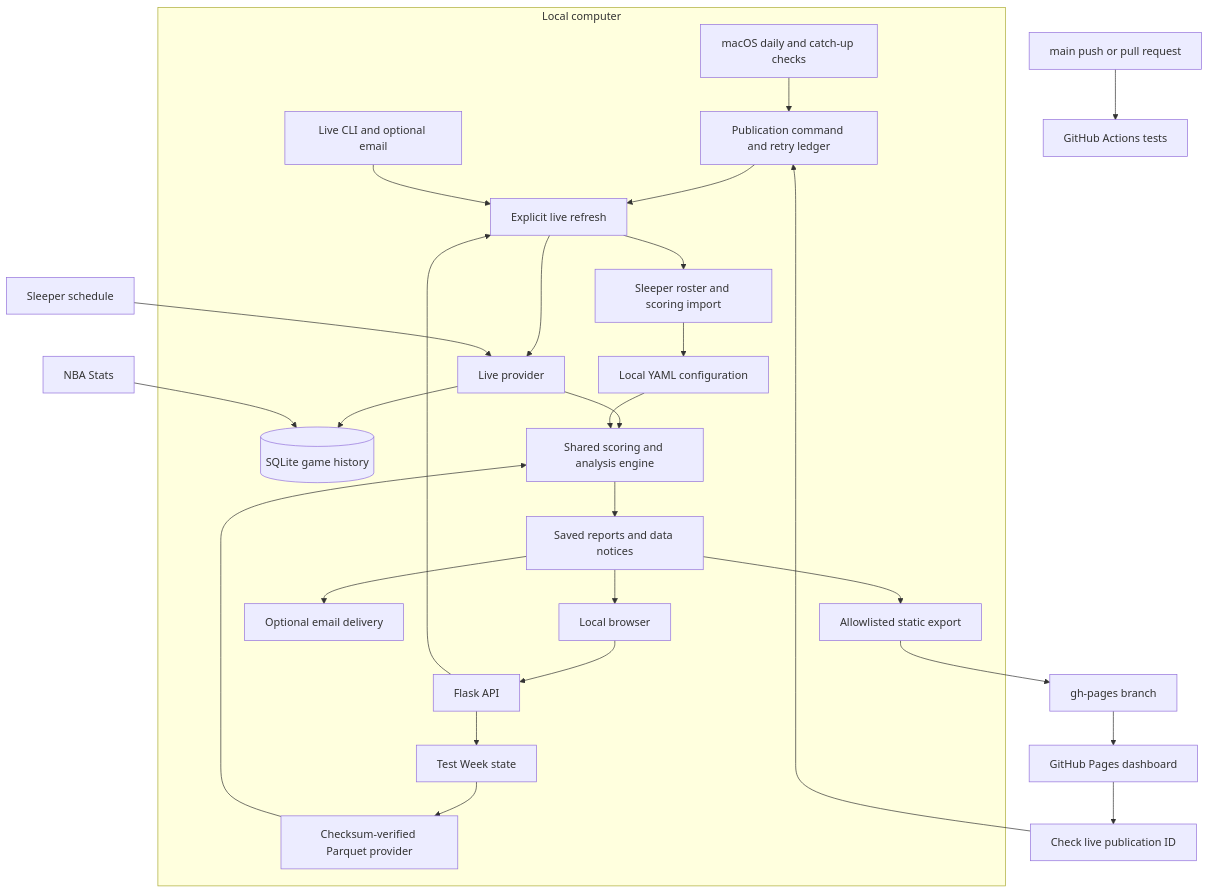
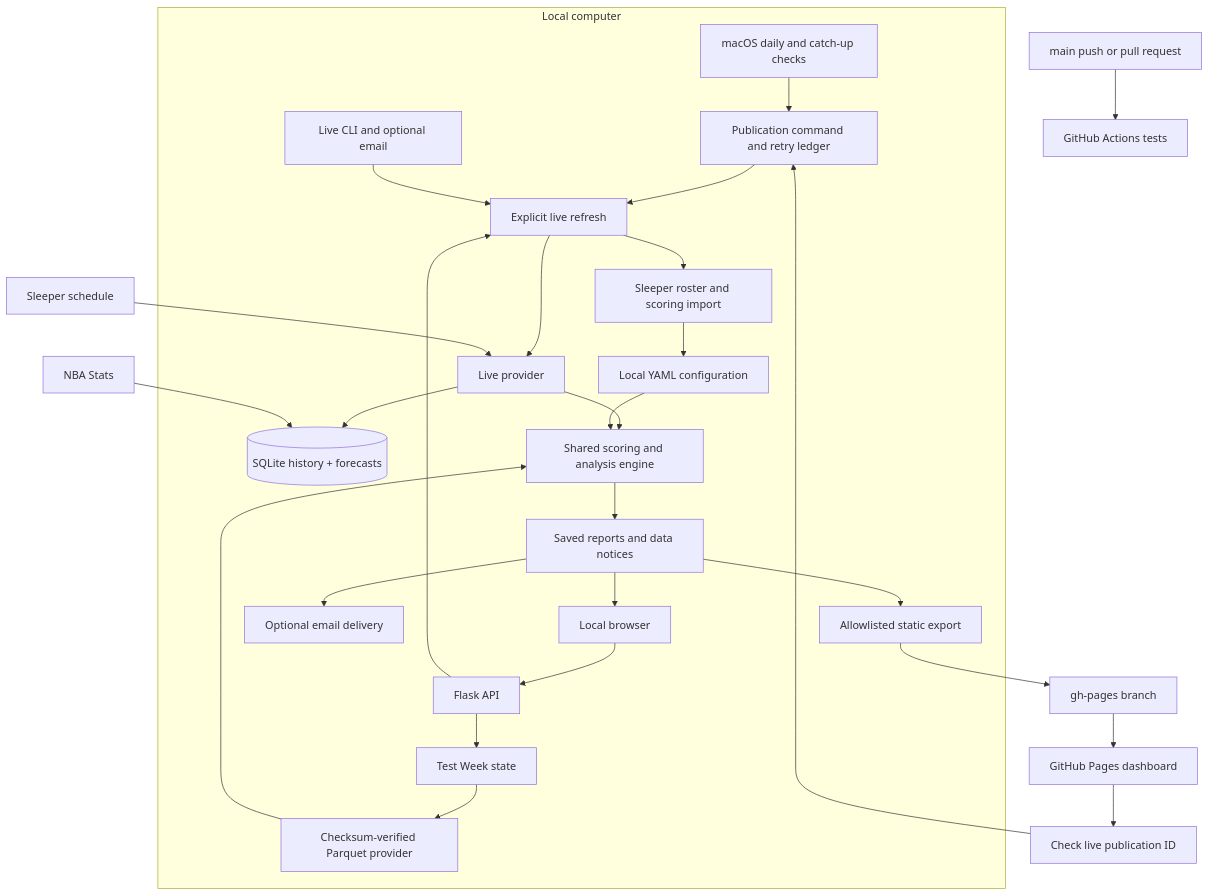
The diagram in README.md (mkodithuwakku/LockInModel), drawn with Mermaid before and after one commit. The commit also changed other lines of this file and 15 other files, not shown here.

````diff
--- a/README.md
+++ b/README.md
@@ -83,30 +83,30 @@
 ```mermaid
 flowchart TD
     subgraph Local[Local computer]
         Timer[macOS daily and catch-up checks] --> Publisher[Publication command and retry ledger]
         UI[Local browser] --> API[Flask API]
         API --> Refresh[Explicit live refresh]
         Publisher --> Refresh
         CLI[Live CLI and optional email] --> Refresh
         Refresh --> Sleeper[Sleeper roster and scoring import]
         Sleeper --> Config[Local YAML configuration]
         Refresh --> Live[Live provider]
-        Live --> DB[(SQLite game history)]
+        Live --> DB[(SQLite history + forecasts)]
         Live --> Engine[Shared scoring and analysis engine]
         Config --> Engine
         API --> Practice[Test Week state]
         Practice --> Fixture[Checksum-verified Parquet provider]
         Fixture --> Engine
         Engine --> Report[Saved reports and data notices]
         Report --> UI
         Report --> Email[Optional email delivery]
         Report --> Export[Allowlisted static export]
     end
     NBA[NBA Stats] --> DB
     Calendar[Sleeper schedule] --> Live
     Export --> Branch[gh-pages branch]
     Branch --> Pages[GitHub Pages dashboard]
     Pages --> Verify[Check live publication ID]
     Verify --> Publisher
     Source[main push or pull request] --> CI[GitHub Actions tests]
 ```
````
